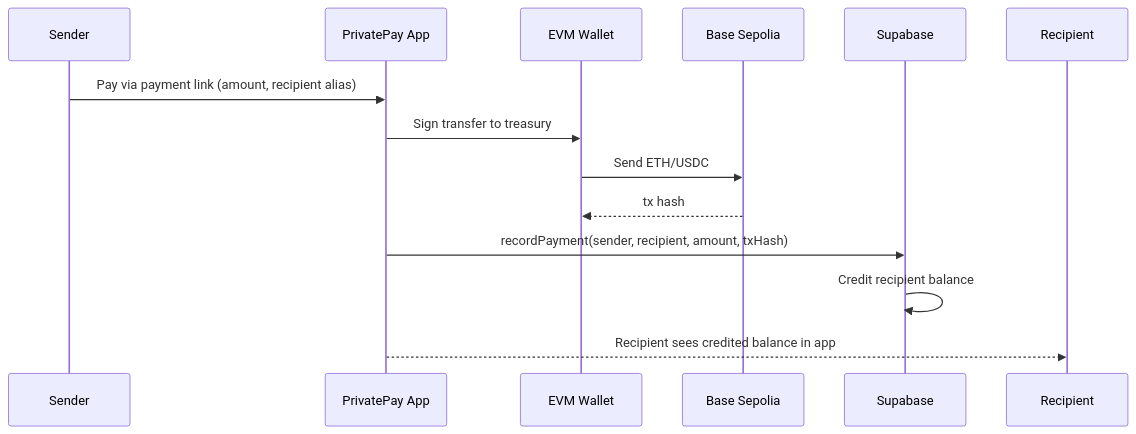
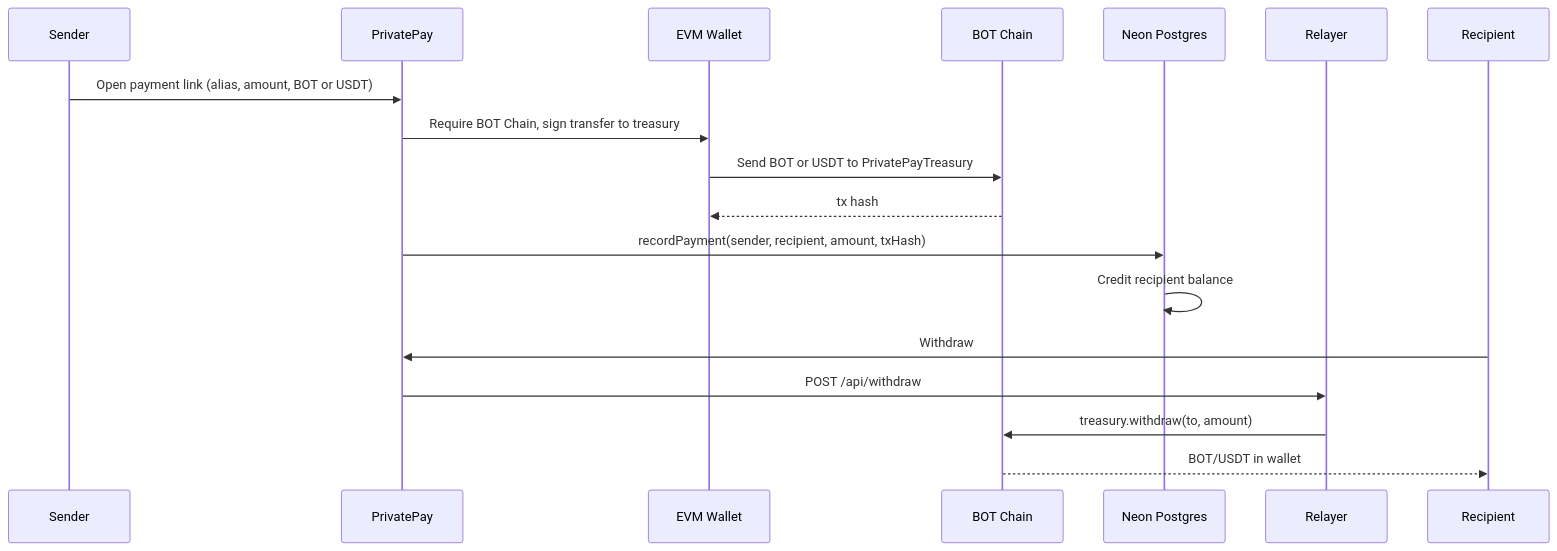
The first of 2 diagrams in README.md (AmaanSayyad/Privatepay-B), drawn with Mermaid before and after one commit. The commit also changed other lines of this file, not shown here.

First line of the commit message:
docs: rewrite README for BOT Chain only

````diff
--- a/README.md
+++ b/README.md
@@ -73,17 +47,21 @@
 ```mermaid
 sequenceDiagram
   participant Sender
-  participant App as PrivatePay App
+  participant App as PrivatePay
   participant Wallet as EVM Wallet
-  participant Base as Base Sepolia
-  participant Supabase
+  participant Bot as BOT Chain
+  participant Neon as Neon Postgres
+  participant Relayer
   participant Recipient
 
-  Sender->>App: Pay via payment link (amount, recipient alias)
-  App->>Wallet: Sign transfer to treasury
-  Wallet->>Base: Send ETH/USDC
-  Base-->>Wallet: tx hash
-  App->>Supabase: recordPayment(sender, recipient, amount, txHash)
-  Supabase->>Supabase: Credit recipient balance
-  App-->>Recipient: Recipient sees credited balance in app
+  Sender->>App: Open payment link (alias, amount, BOT or USDT)
+  App->>Wallet: Require BOT Chain, sign transfer to treasury
+  Wallet->>Bot: Send BOT or USDT to PrivatePayTreasury
+  Bot-->>Wallet: tx hash
+  App->>Neon: recordPayment(sender, recipient, amount, txHash)
+  Neon->>Neon: Credit recipient balance
+  Recipient->>App: Withdraw
+  App->>Relayer: POST /api/withdraw
+  Relayer->>Bot: treasury.withdraw(to, amount)
+  Bot-->>Recipient: BOT/USDT in wallet
 ```
````
